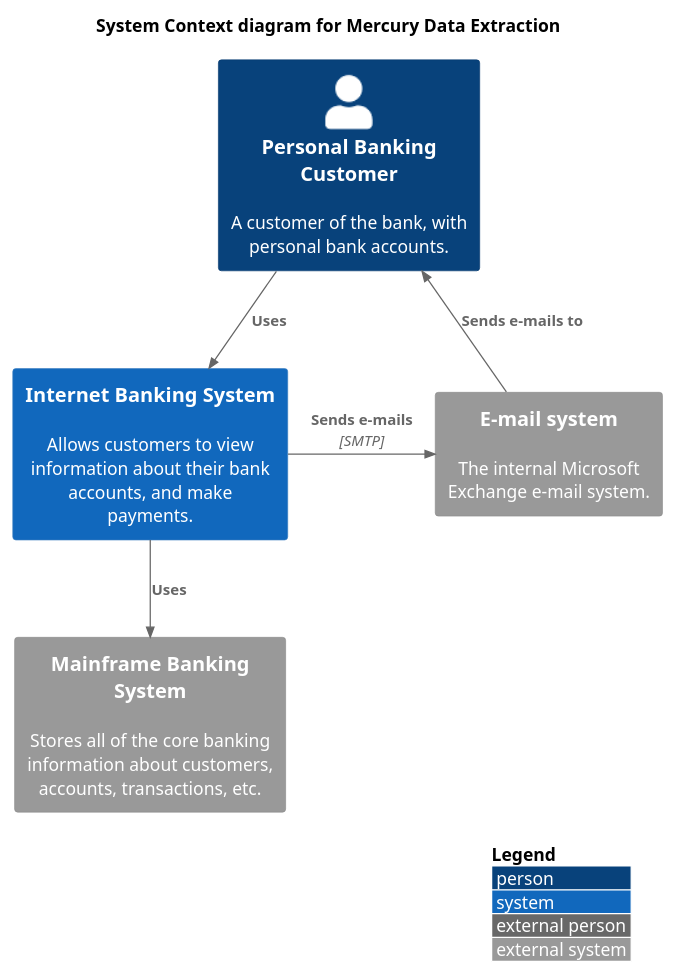
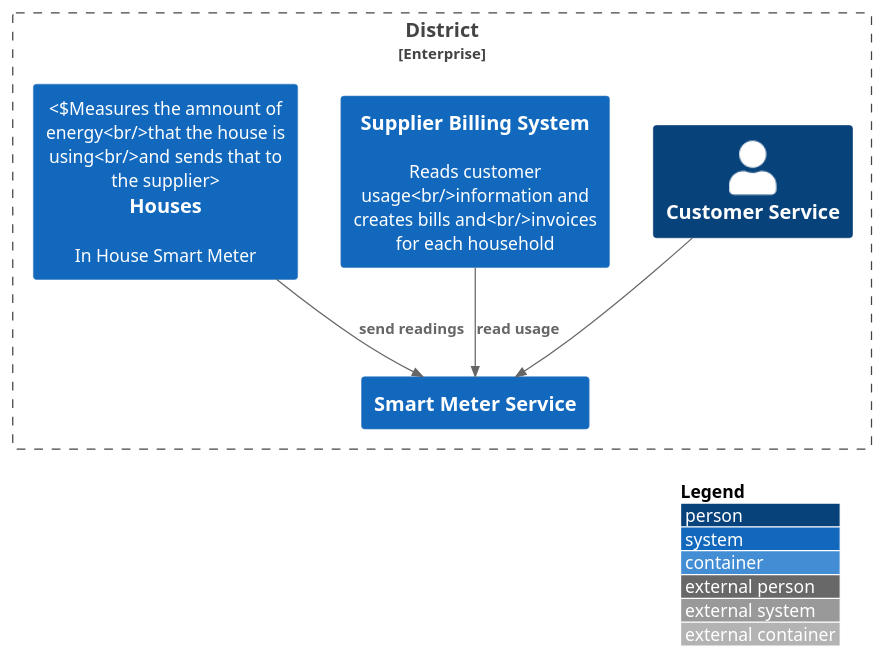
Before and after one commit to mrspaceman/my-blog-pages: the first of 3 diagrams in _drafts/Designing-a-system-p1-diagrams.puml, drawn with PlantUML. The commit also changed other lines of this file and 2 other files, not shown here.

Commit message:
update system design

```diff
--- a/_drafts/Designing-a-system-p1-diagrams.puml
+++ b/_drafts/Designing-a-system-p1-diagrams.puml
@@ -1,21 +1,18 @@
 @startuml Designing-a-system-p1-01
 
-!include https://raw.githubusercontent.com/plantuml-stdlib/C4-PlantUML/master/C4_Context.puml
-' uncomment the following line and comment the first to use locally
-' !include C4_Context.puml
+    !include https://raw.githubusercontent.com/plantuml-stdlib/C4-PlantUML/master/C4_Container.puml
 
-LAYOUT_WITH_LEGEND()
+    LAYOUT_WITH_LEGEND()
 
-title System Context diagram for Mercury Data Extraction
+     Enterprise_Boundary(b0, "District") {
+        Person(customerSvc, "Customer Service", "")
+        System(supplierBilling, "Supplier Billing System", "Reads customer usage<br/>information and creates bills and<br/>invoices for each household")
+        System(districtSvr2, "Smart Meter Service", "")
 
-Person(customer, "Personal Banking Customer", "A customer of the bank, with personal bank accounts.")
-System(banking_system, "Internet Banking System", "Allows customers to view information about their bank accounts, and make payments.")
+        System(houses, "Houses", "In House Smart Meter", "Measures the amnount of energy<br/>that the house is using<br/>and sends that to the supplier")
 
-System_Ext(mail_system, "E-mail system", "The internal Microsoft Exchange e-mail system.")
-System_Ext(mainframe, "Mainframe Banking System", "Stores all of the core banking information about customers, accounts, transactions, etc.")
-
-Rel(customer, banking_system, "Uses")
-Rel_Back(customer, mail_system, "Sends e-mails to")
-Rel_Neighbor(banking_system, mail_system, "Sends e-mails", "SMTP")
-Rel(banking_system, mainframe, "Uses")
+        Rel(houses, districtSvr2, "send readings")
+        Rel(customerSvc, districtSvr2, "")
+        Rel(supplierBilling, districtSvr2, "read usage")
+    }
 @enduml
```
